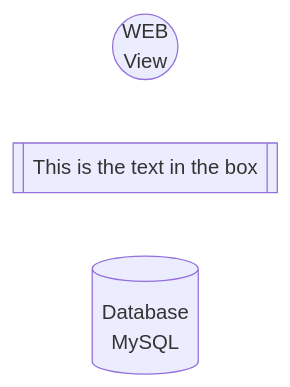
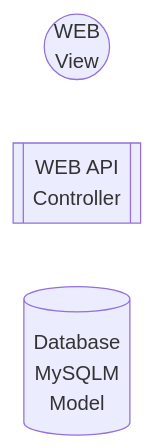
The third of 3 diagrams in README.md (danielscarvalho/md-graph), drawn with Mermaid before and after one commit.

````diff
--- a/README.md
+++ b/README.md
@@ -27,6 +27,6 @@
 ```mermaid
 flowchart LR
     id1((WEB<br>View))
-    id2[[This is the text in the box]]
-    id3[(Database<br>MySQL)]
+    id2[[WEB API<br>Controller]]
+    id3[(Database<br>MySQLM<br>Model)]
 ```
````
